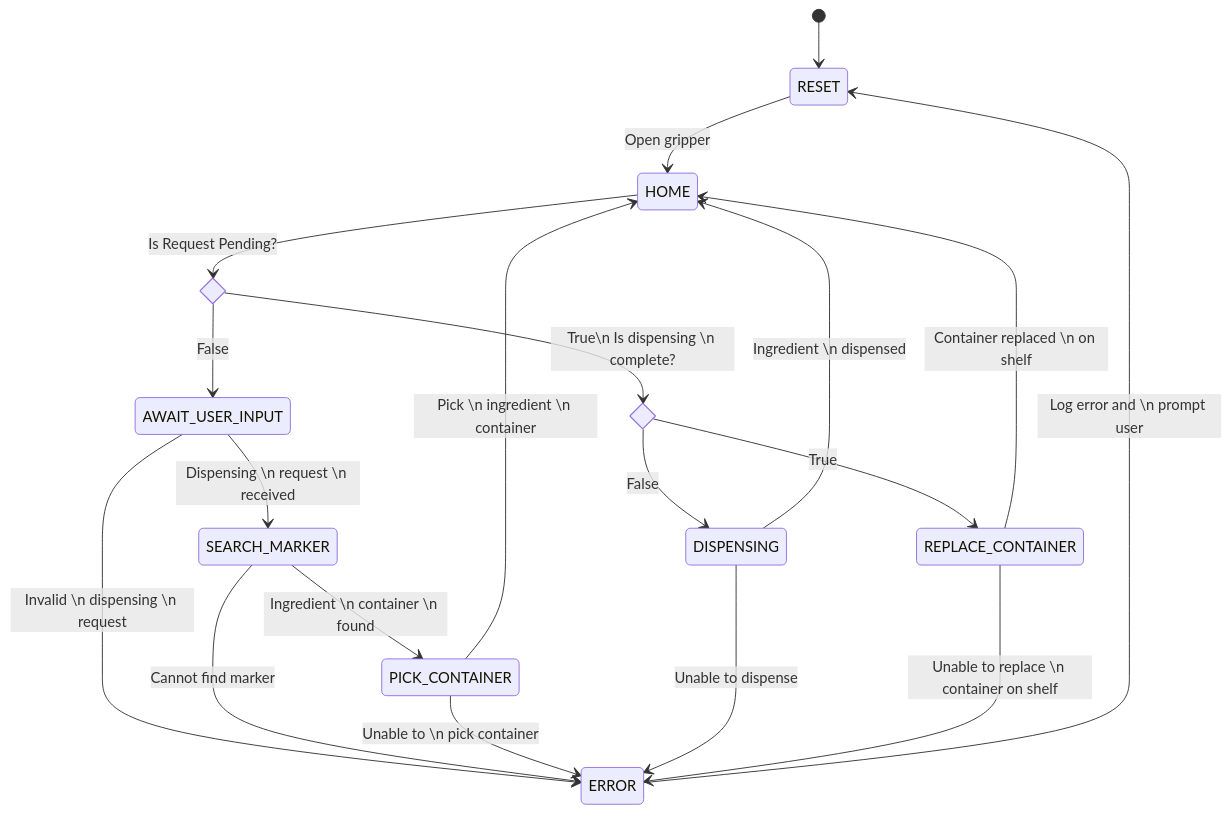
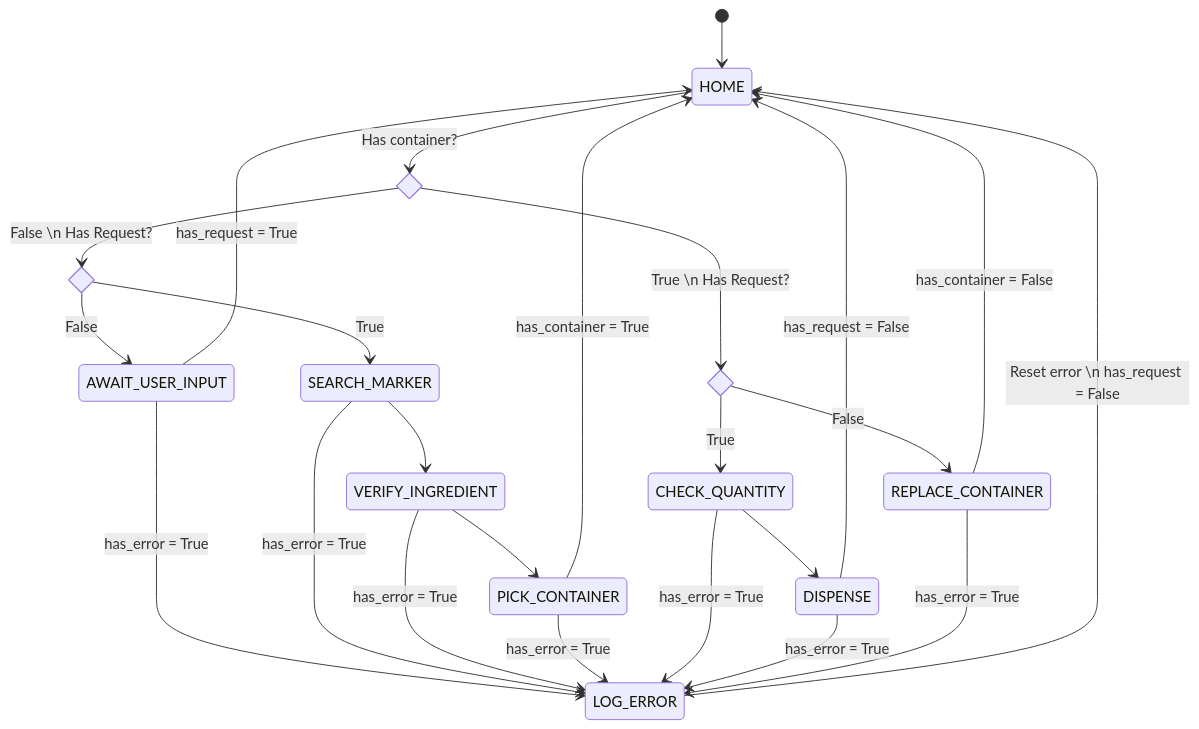
One commit to ratatouille-robotics/ratatouille_planner changed the first of 2 diagrams in README.md. Above: the diagram before and after it, drawn with Mermaid. The commit also changed other lines of this file, not shown here.

Commit message:
Update state diagram, flowchart
Re-do state-diagram.

````diff
--- a/README.md
+++ b/README.md
@@ -7,24 +7,39 @@
 ```mermaid
 stateDiagram-v2
-    [*] --> RESET
-    RESET --> HOME: Open gripper
-    state ingredient_selected <<choice>>
-    HOME --> ingredient_selected: Is Request Pending?
-    ingredient_selected --> AWAIT_USER_INPUT: False
-    state dispensing_complete <<choice>>
-    ingredient_selected --> dispensing_complete: True\n Is dispensing \n complete?
-    dispensing_complete --> DISPENSING: False
-    dispensing_complete --> REPLACE_CONTAINER: True
-    AWAIT_USER_INPUT --> SEARCH_MARKER: Dispensing \n request \n received
-    SEARCH_MARKER --> PICK_CONTAINER: Ingredient \n container \n found
-    PICK_CONTAINER --> HOME: Pick \n ingredient \n container
-    DISPENSING --> HOME: Ingredient \n dispensed
-    REPLACE_CONTAINER --> HOME: Container replaced \n on shelf
+    [*] --> HOME
 
-    AWAIT_USER_INPUT --> ERROR: Invalid \n dispensing \n request
-    SEARCH_MARKER --> ERROR: Cannot find marker
-    PICK_CONTAINER --> ERROR: Unable to \n pick container
-    DISPENSING --> ERROR: Unable to dispense
-    REPLACE_CONTAINER --> ERROR: Unable to replace \n container on shelf
-    ERROR --> RESET: Log error and \n prompt user
+    state has_container <<choice>>
+    state has_request1 <<choice>>
+    state has_request2 <<choice>>
+
+    HOME --> has_container: Has container?
+
+    has_container --> has_request1: False \n Has Request?
+    has_request1 --> AWAIT_USER_INPUT: False
+    has_request1 --> SEARCH_MARKER: True
+    has_container --> has_request2: True \n Has Request?
+    has_request2 --> CHECK_QUANTITY: True
+    has_request2 --> REPLACE_CONTAINER: False
+
+    AWAIT_USER_INPUT --> HOME: has_request = True
+
+    SEARCH_MARKER --> VERIFY_INGREDIENT
+    VERIFY_INGREDIENT --> PICK_CONTAINER
+    PICK_CONTAINER --> HOME: has_container = True
+
+    REPLACE_CONTAINER --> HOME: has_container = False
+
+    CHECK_QUANTITY --> DISPENSE
+    DISPENSE --> HOME: has_request = False
+
+    LOG_ERROR --> HOME: Reset error \n has_request = False
+
+    AWAIT_USER_INPUT --> LOG_ERROR: has_error = True
+    SEARCH_MARKER --> LOG_ERROR: has_error = True
+    VERIFY_INGREDIENT --> LOG_ERROR: has_error = True
+    PICK_CONTAINER --> LOG_ERROR: has_error = True
+    CHECK_QUANTITY --> LOG_ERROR: has_error = True
+    DISPENSE --> LOG_ERROR: has_error = True
+    REPLACE_CONTAINER --> LOG_ERROR: has_error = True
+
 ```
````
